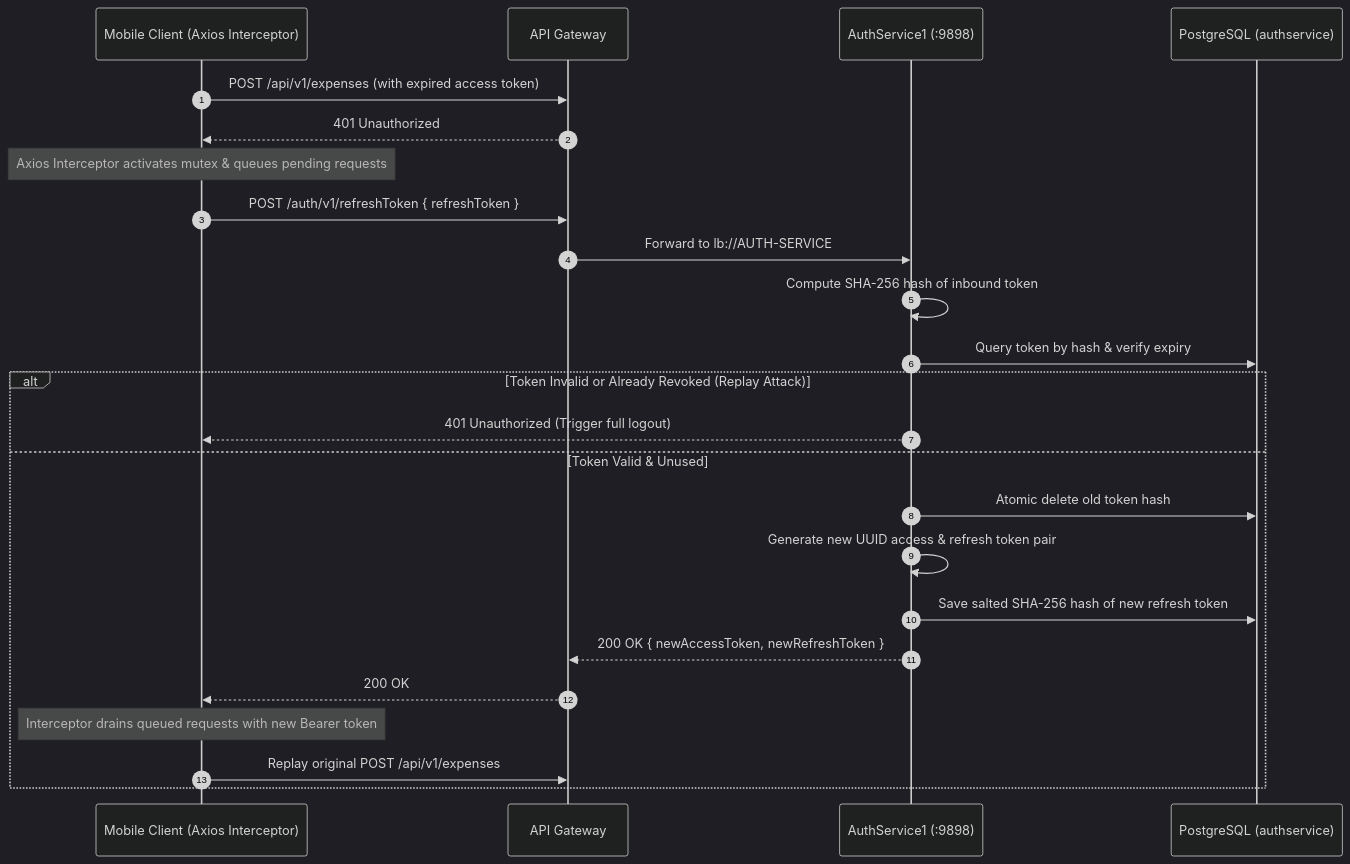
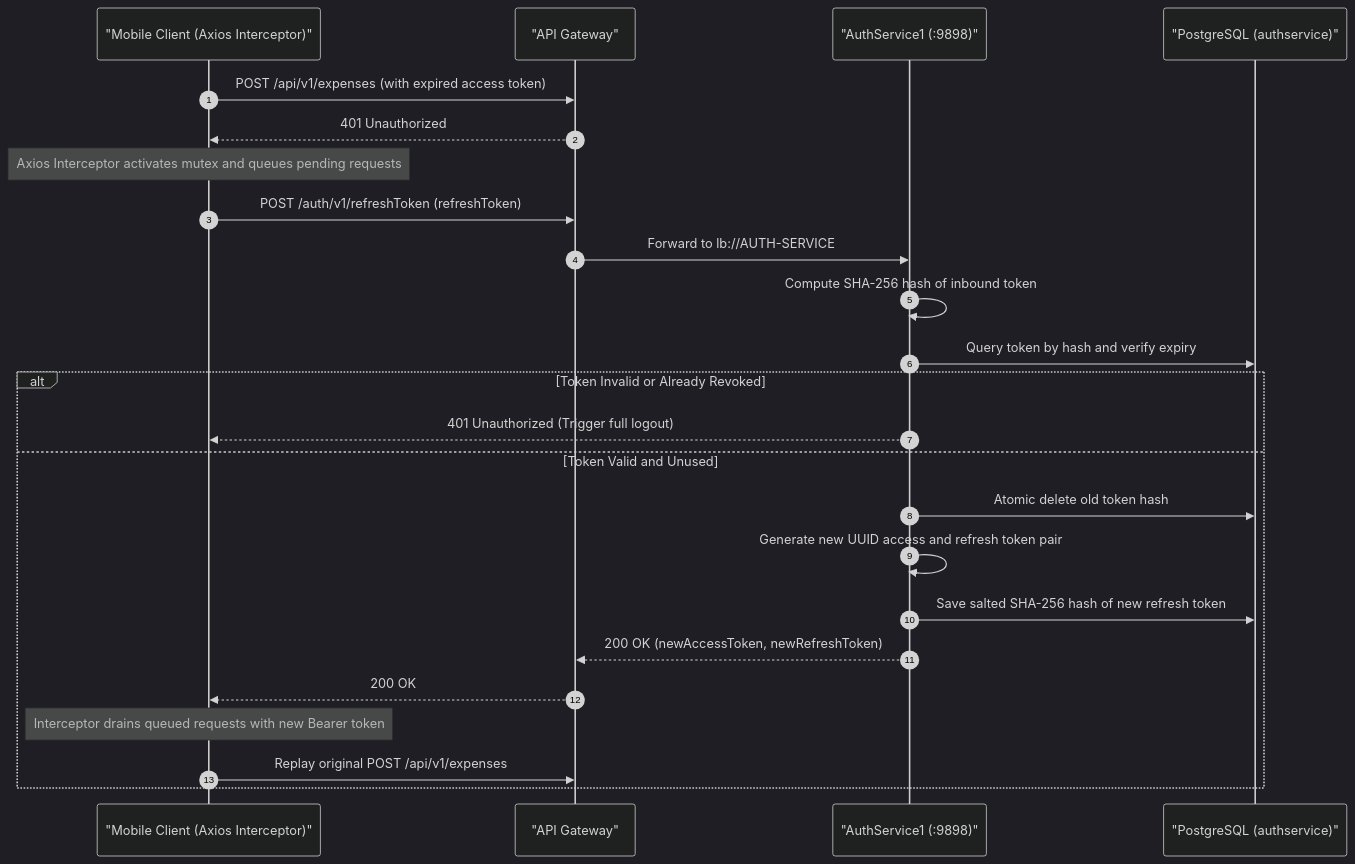
Before and after one commit to sagr612/Fintrack: the third of 5 diagrams in backend/README.md, drawn with Mermaid (dark theme). The commit also changed other lines of this file and 3 other files, not shown here.

````diff
--- a/backend/README.md
+++ b/backend/README.md
@@ -138,28 +158,28 @@
 ```mermaid
 sequenceDiagram
     autonumber
-    participant Client as Mobile Client (Axios Interceptor)
-    participant Gateway as API Gateway
-    participant AuthSvc as AuthService1 (:9898)
-    participant DB as PostgreSQL (authservice)
+    participant Client as "Mobile Client (Axios Interceptor)"
+    participant Gateway as "API Gateway"
+    participant AuthSvc as "AuthService1 (:9898)"
+    participant DB as "PostgreSQL (authservice)"
 
     Client->>Gateway: POST /api/v1/expenses (with expired access token)
     Gateway-->>Client: 401 Unauthorized
-    Note over Client: Axios Interceptor activates mutex & queues pending requests
-    Client->>Gateway: POST /auth/v1/refreshToken { refreshToken }
+    Note over Client: Axios Interceptor activates mutex and queues pending requests
+    Client->>Gateway: POST /auth/v1/refreshToken (refreshToken)
     Gateway->>AuthSvc: Forward to lb://AUTH-SERVICE
     
     AuthSvc->>AuthSvc: Compute SHA-256 hash of inbound token
-    AuthSvc->>DB: Query token by hash & verify expiry
-    alt Token Invalid or Already Revoked (Replay Attack)
+    AuthSvc->>DB: Query token by hash and verify expiry
+    alt Token Invalid or Already Revoked
         AuthSvc-->>Client: 401 Unauthorized (Trigger full logout)
-    else Token Valid & Unused
+    else Token Valid and Unused
         AuthSvc->>DB: Atomic delete old token hash
-        AuthSvc->>AuthSvc: Generate new UUID access & refresh token pair
+        AuthSvc->>AuthSvc: Generate new UUID access and refresh token pair
         AuthSvc->>DB: Save salted SHA-256 hash of new refresh token
-        AuthSvc-->>Gateway: 200 OK { newAccessToken, newRefreshToken }
+        AuthSvc-->>Gateway: 200 OK (newAccessToken, newRefreshToken)
         Gateway-->>Client: 200 OK
         Note over Client: Interceptor drains queued requests with new Bearer token
         Client->>Gateway: Replay original POST /api/v1/expenses
     end
 ```
````
